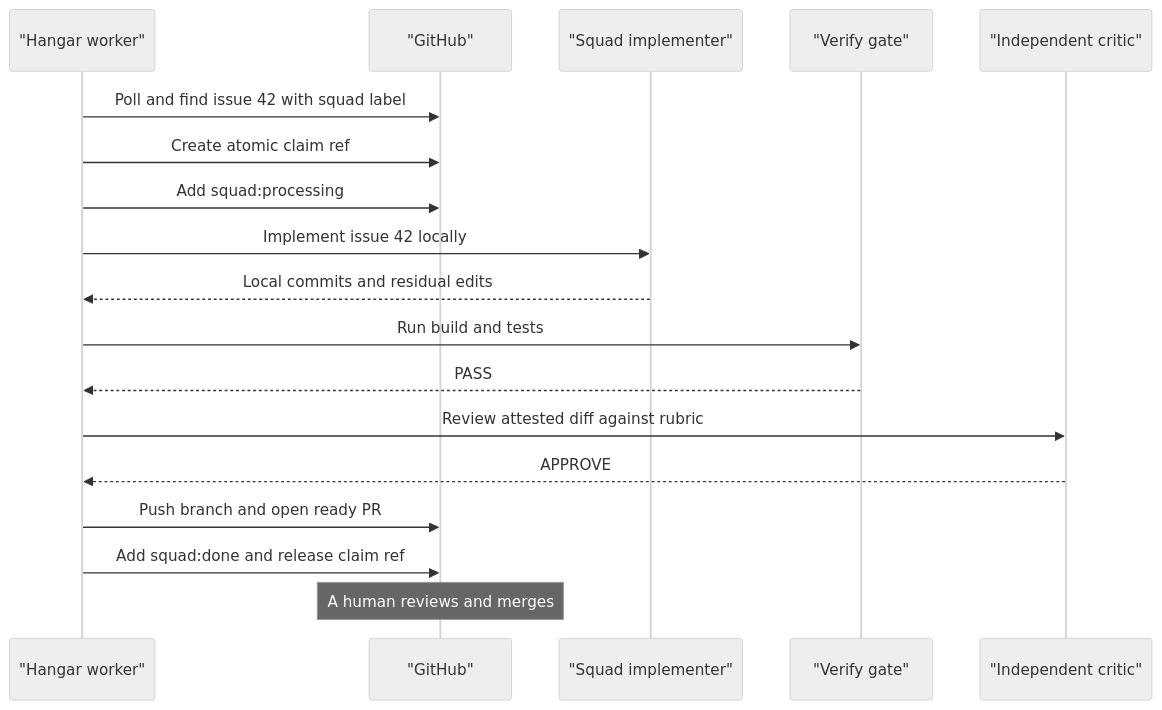
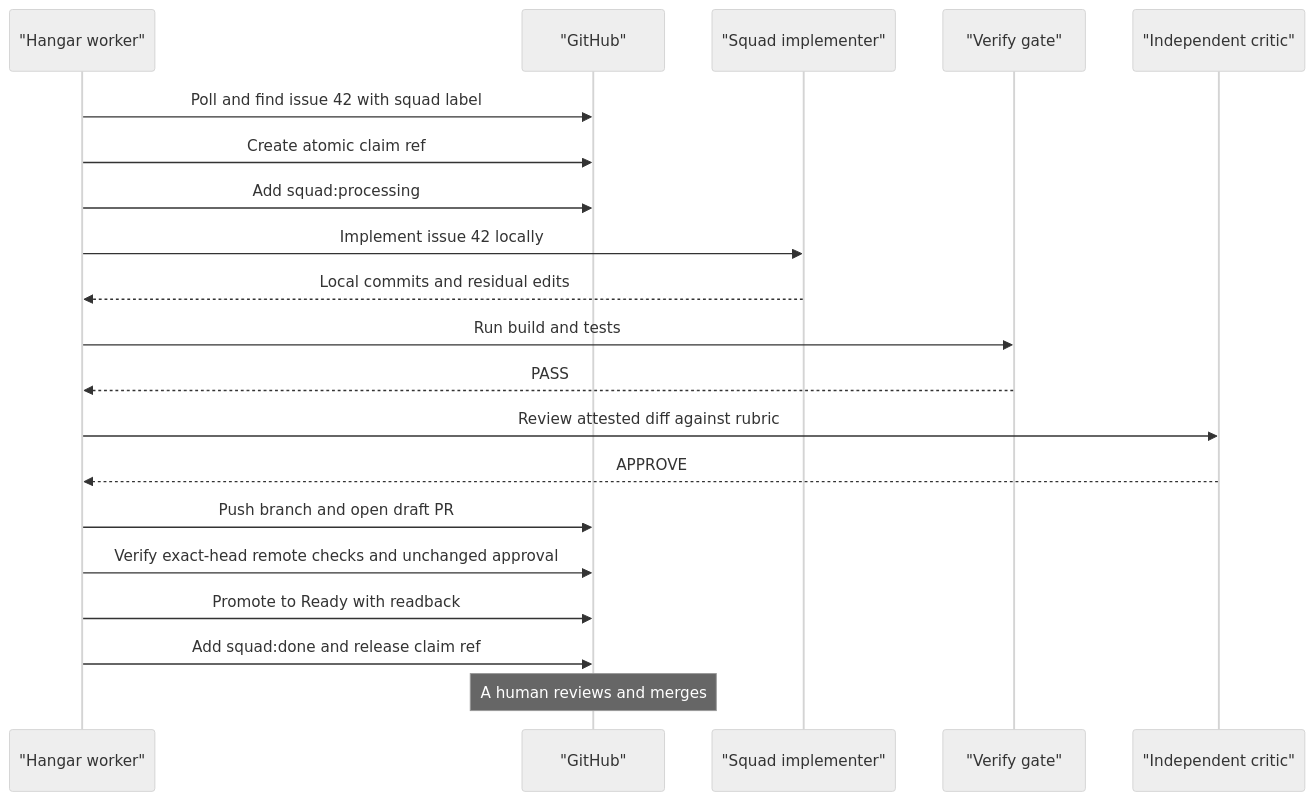
One commit to timoknapp/Hangar changed the fourth of 11 diagrams in README.md. Above: the diagram before and after it, drawn with Mermaid (neutral theme). The commit also changed other lines of this file and 18 other files, not shown here.

Commit message:
fix: enforce protected execution and exact-head review readiness

````diff
--- a/README.md
+++ b/README.md
@@ -317,21 +294,23 @@
 ```mermaid
 sequenceDiagram
     participant Worker as "Hangar worker"
     participant GitHub as "GitHub"
     participant Impl as "Squad implementer"
     participant Verify as "Verify gate"
     participant Critic as "Independent critic"
 
     Worker->>GitHub: Poll and find issue 42 with squad label
     Worker->>GitHub: Create atomic claim ref
     Worker->>GitHub: Add squad:processing
     Worker->>Impl: Implement issue 42 locally
     Impl-->>Worker: Local commits and residual edits
     Worker->>Verify: Run build and tests
     Verify-->>Worker: PASS
     Worker->>Critic: Review attested diff against rubric
     Critic-->>Worker: APPROVE
-    Worker->>GitHub: Push branch and open ready PR
+    Worker->>GitHub: Push branch and open draft PR
+    Worker->>GitHub: Verify exact-head remote checks and unchanged approval
+    Worker->>GitHub: Promote to Ready with readback
     Worker->>GitHub: Add squad:done and release claim ref
     Note over GitHub: A human reviews and merges
 ```
````
